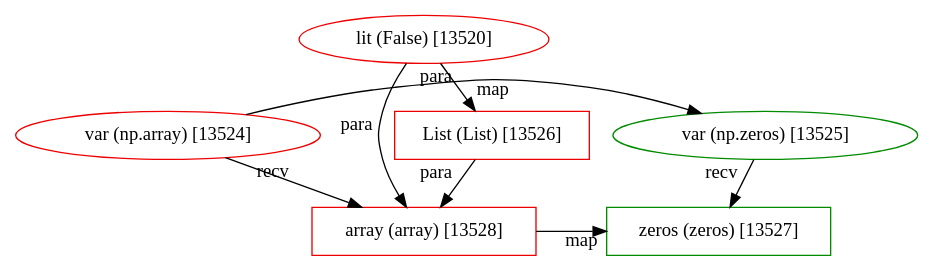
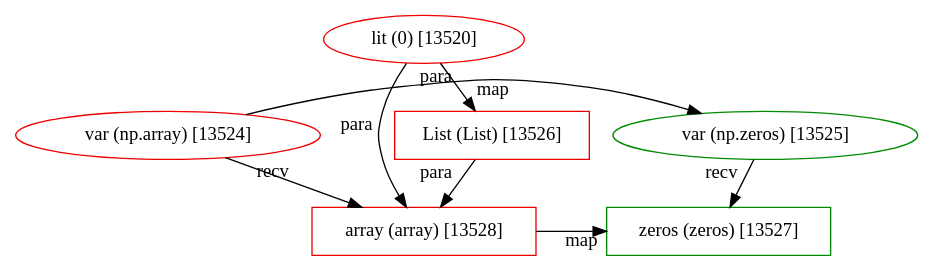
One commit to JetBrains-Research/revizor changed the diagram in src/main/resources/patterns/1066/fragment-16798949.dot. Above: the diagram before and after it, drawn with Graphviz. The commit also changed 6 other files, not shown here.

```diff
--- a/src/main/resources/patterns/1066/fragment-16798949.dot
+++ b/src/main/resources/patterns/1066/fragment-16798949.dot
@@ -1,21 +1,21 @@
 digraph "fragment-16798949.dot" {
 	subgraph "subgraph: 13528 to 13527" {
 		graph [rank=same]
 		13528 [label="array (array) [13528]" color=red2 shape=box]
 		13527 [label="zeros (zeros) [13527]" color=green4 shape=box]
 	}
 	subgraph "subgraph: 13525 to 13524" {
 		graph [rank=same]
 		13525 [label="var (np.zeros) [13525]" color=green4 shape=ellipse]
 		13524 [label="var (np.array) [13524]" color=red2 shape=ellipse]
 	}
-	13520 [label="lit (False) [13520]" color=red2 shape=ellipse]
+	13520 [label="lit (0) [13520]" color=red2 shape=ellipse]
 	13526 [label="List (List) [13526]" color=red2 shape=box]
-	13526 -> 13528 [xlabel=para]
-	13524 -> 13528 [xlabel=recv]
-	13520 -> 13528 [xlabel=para]
-	13528 -> 13527 [xlabel=map]
-	13525 -> 13527 [xlabel=recv]
-	13524 -> 13525 [xlabel=map]
-	13520 -> 13526 [xlabel=para]
+	13526 -> 13528 [xlabel=para from_closure=False]
+	13524 -> 13528 [xlabel=recv from_closure=False]
+	13520 -> 13528 [xlabel=para from_closure=False]
+	13528 -> 13527 [xlabel=map from_closure=False]
+	13525 -> 13527 [xlabel=recv from_closure=False]
+	13524 -> 13525 [xlabel=map from_closure=False]
+	13520 -> 13526 [xlabel=para from_closure=False]
 }
```
